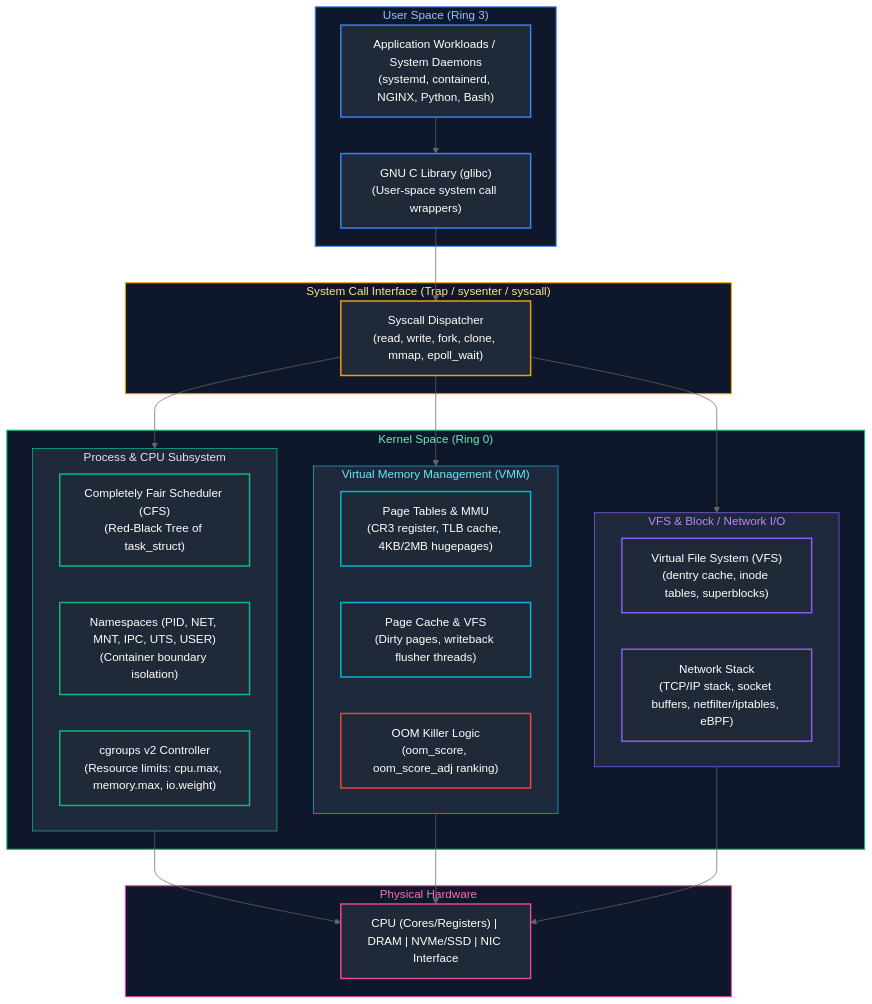
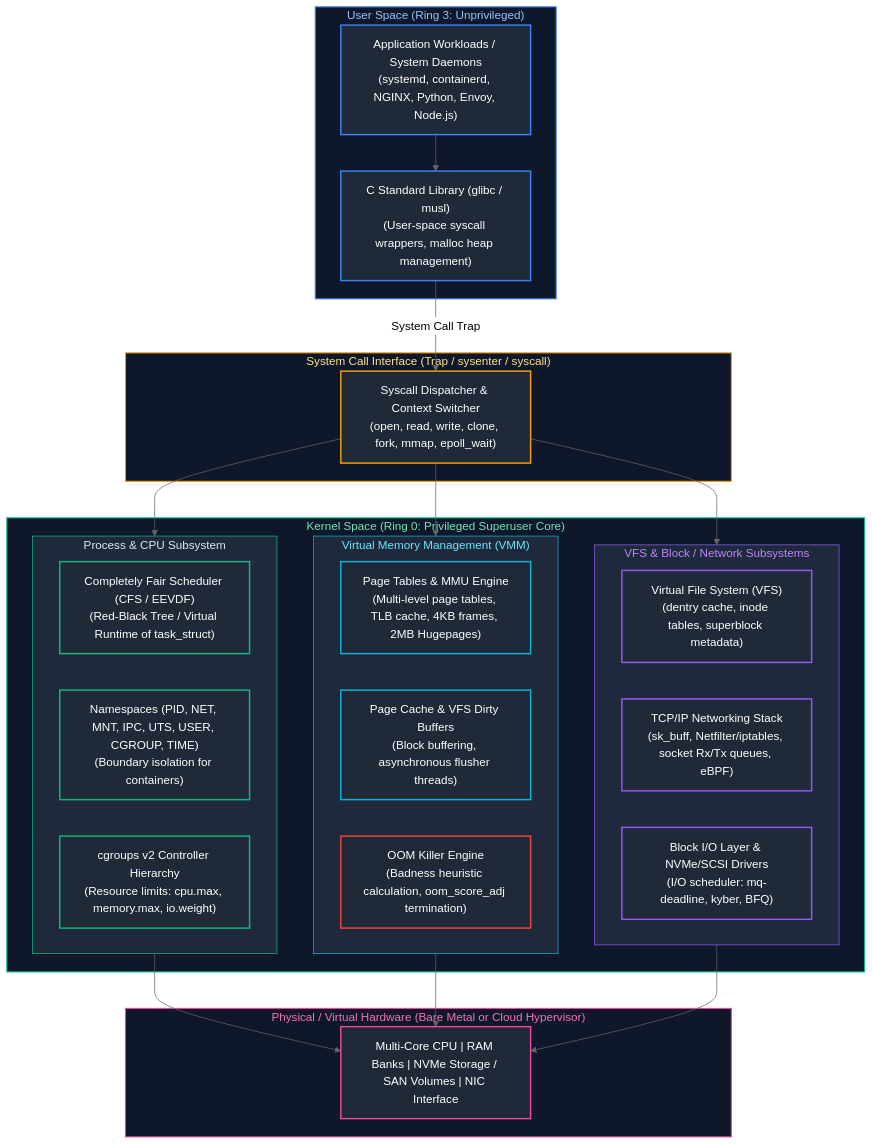
One commit to joydeep-biswas/Interview-Preparation changed the first of 12 diagrams in Cloud Engineering/01_linux_operating_systems_and_scripting.md. Above: the diagram before and after it, drawn with Mermaid (neutral theme). The commit also changed other lines of this file and 143 other files, not shown here.

````diff
--- a/Cloud Engineering/01_linux_operating_systems_and_scripting.md
+++ b/Cloud Engineering/01_linux_operating_systems_and_scripting.md
@@ -9,65 +11,67 @@
 ```mermaid
 flowchart TD
-    subgraph UserSpace ["User Space (Ring 3)"]
-        App["Application Workloads / System Daemons<br/>(systemd, containerd, NGINX, Python, Bash)"]
-        GLibc["GNU C Library (glibc)<br/>(User-space system call wrappers)"]
+    subgraph UserSpace ["User Space (Ring 3: Unprivileged)"]
+        App["Application Workloads / System Daemons<br/>(systemd, containerd, NGINX, Python, Envoy, Node.js)"]
+        GLibc["C Standard Library (glibc / musl)<br/>(User-space syscall wrappers, malloc heap management)"]
         App --> GLibc
     end
 
     subgraph KernelBoundary ["System Call Interface (Trap / sysenter / syscall)"]
-        Syscall["Syscall Dispatcher<br/>(read, write, fork, clone, mmap, epoll_wait)"]
+        Syscall["Syscall Dispatcher & Context Switcher<br/>(open, read, write, clone, fork, mmap, epoll_wait)"]
     end
 
-    subgraph KernelSpace ["Kernel Space (Ring 0)"]
+    subgraph KernelSpace ["Kernel Space (Ring 0: Privileged Superuser Core)"]
         subgraph ProcessSubsystem ["Process & CPU Subsystem"]
-            Scheduler["Completely Fair Scheduler (CFS)<br/>(Red-Black Tree of task_struct)"]
-            Namespaces["Namespaces (PID, NET, MNT, IPC, UTS, USER)<br/>(Container boundary isolation)"]
-            CGroups["cgroups v2 Controller<br/>(Resource limits: cpu.max, memory.max, io.weight)"]
+            Scheduler["Completely Fair Scheduler (CFS / EEVDF)<br/>(Red-Black Tree / Virtual Runtime of task_struct)"]
+            Namespaces["Namespaces (PID, NET, MNT, IPC, UTS, USER, CGROUP, TIME)<br/>(Boundary isolation for containers)"]
+            CGroups["cgroups v2 Controller Hierarchy<br/>(Resource limits: cpu.max, memory.max, io.weight)"]
         end
 
         subgraph MemorySubsystem ["Virtual Memory Management (VMM)"]
-            PageTables["Page Tables & MMU<br/>(CR3 register, TLB cache, 4KB/2MB hugepages)"]
-            PageCache["Page Cache & VFS<br/>(Dirty pages, writeback flusher threads)"]
-            OOM["OOM Killer Logic<br/>(oom_score, oom_score_adj ranking)"]
+            PageTables["Page Tables & MMU Engine<br/>(Multi-level page tables, TLB cache, 4KB frames, 2MB Hugepages)"]
+            PageCache["Page Cache & VFS Dirty Buffers<br/>(Block buffering, asynchronous flusher threads)"]
+            OOM["OOM Killer Engine<br/>(Badness heuristic calculation, oom_score_adj termination)"]
         end
 
-        subgraph IOSubsystem ["VFS & Block / Network I/O"]
-            VFS["Virtual File System (VFS)<br/>(dentry cache, inode tables, superblocks)"]
-            NetStack["Network Stack<br/>(TCP/IP stack, socket buffers, netfilter/iptables, eBPF)"]
+        subgraph IOSubsystem ["VFS & Block / Network Subsystems"]
+            VFS["Virtual File System (VFS)<br/>(dentry cache, inode tables, superblock metadata)"]
+            NetStack["TCP/IP Networking Stack<br/>(sk_buff, Netfilter/iptables, socket Rx/Tx queues, eBPF)"]
+            BlockLayer["Block I/O Layer & NVMe/SCSI Drivers<br/>(I/O scheduler: mq-deadline, kyber, BFQ)"]
         end
     end
 
-    subgraph HardwareLayer ["Physical Hardware"]
-        HW["CPU (Cores/Registers) | DRAM | NVMe/SSD | NIC Interface"]
+    subgraph HardwareLayer ["Physical / Virtual Hardware (Bare Metal or Cloud Hypervisor)"]
+        HW["Multi-Core CPU | RAM Banks | NVMe Storage / SAN Volumes | NIC Interface"]
     end
 
-    GLibc --> Syscall
+    GLibc -->|"System Call Trap"| Syscall
     Syscall --> ProcessSubsystem
     Syscall --> MemorySubsystem
     Syscall --> IOSubsystem
 
     ProcessSubsystem --> HW
     MemorySubsystem --> HW
     IOSubsystem --> HW
 
     style UserSpace fill:#0f172a,stroke:#3b82f6,stroke-width:1.5px,color:#93c5fd
     style KernelBoundary fill:#0f172a,stroke:#f59e0b,stroke-width:1.5px,color:#fde68a
     style KernelSpace fill:#0f172a,stroke:#10b981,stroke-width:1.5px,color:#6ee7b7
     style ProcessSubsystem fill:#1e293b,stroke:#10b981,stroke-width:1px,color:#e2e8f0
     style MemorySubsystem fill:#1e293b,stroke:#06b6d4,stroke-width:1px,color:#67e8f9
     style IOSubsystem fill:#1e293b,stroke:#8b5cf6,stroke-width:1px,color:#c084fc
     style HardwareLayer fill:#0f172a,stroke:#ec4899,stroke-width:1.5px,color:#f472b6
 
     style App fill:#1f2937,stroke:#3b82f6,stroke-width:2px,color:#fff
     style GLibc fill:#1f2937,stroke:#3b82f6,stroke-width:2px,color:#fff
     style Syscall fill:#1f2937,stroke:#f59e0b,stroke-width:2px,color:#fff
     style Scheduler fill:#1f2937,stroke:#10b981,stroke-width:2px,color:#fff
     style Namespaces fill:#1f2937,stroke:#10b981,stroke-width:2px,color:#fff
     style CGroups fill:#1f2937,stroke:#10b981,stroke-width:2px,color:#fff
     style PageTables fill:#1f2937,stroke:#06b6d4,stroke-width:2px,color:#fff
     style PageCache fill:#1f2937,stroke:#06b6d4,stroke-width:2px,color:#fff
     style OOM fill:#1f2937,stroke:#ef4444,stroke-width:2px,color:#fff
     style VFS fill:#1f2937,stroke:#8b5cf6,stroke-width:2px,color:#fff
     style NetStack fill:#1f2937,stroke:#8b5cf6,stroke-width:2px,color:#fff
+    style BlockLayer fill:#1f2937,stroke:#8b5cf6,stroke-width:2px,color:#fff
     style HW fill:#1f2937,stroke:#ec4899,stroke-width:2px,color:#fff
 ```
````
